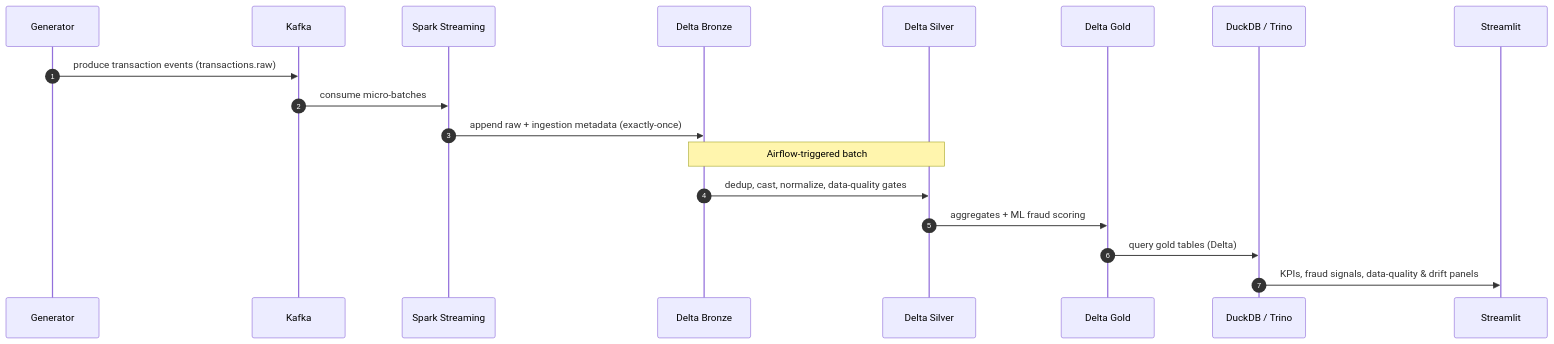
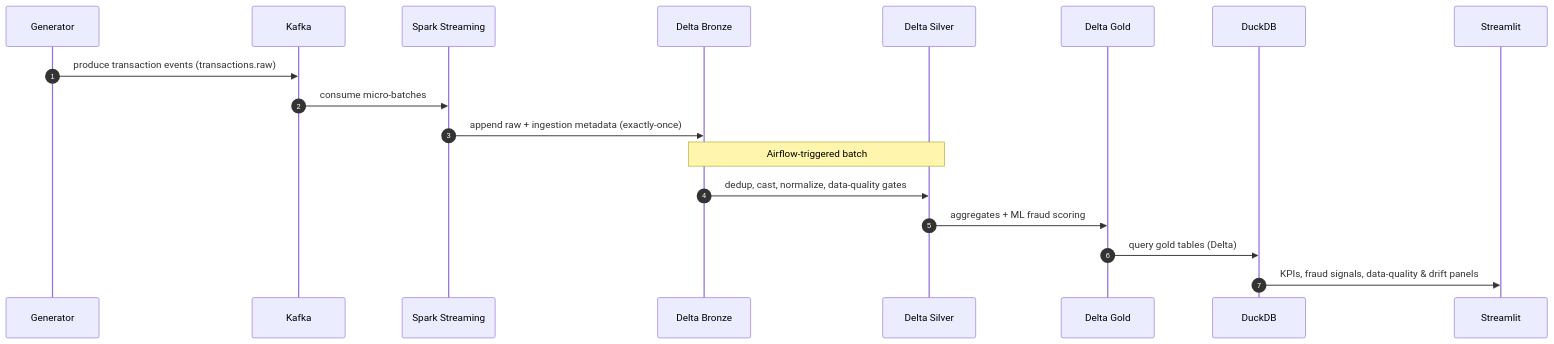
Before and after one commit to Pawel123j/TransactPulse: the second of 2 diagrams in README.md, drawn with Mermaid. The commit also changed other lines of this file and 17 other files, not shown here.

````diff
--- a/README.md
+++ b/README.md
@@ -106,21 +136,21 @@
 ```mermaid
 sequenceDiagram
     autonumber
     participant G as Generator
     participant K as Kafka
     participant S as Spark Streaming
     participant B as Delta Bronze
     participant V as Delta Silver
     participant D as Delta Gold
-    participant Q as DuckDB / Trino
+    participant Q as DuckDB
     participant U as Streamlit
 
     G->>K: produce transaction events (transactions.raw)
     K->>S: consume micro-batches
     S->>B: append raw + ingestion metadata (exactly-once)
     Note over B,V: Airflow-triggered batch
     B->>V: dedup, cast, normalize, data-quality gates
     V->>D: aggregates + ML fraud scoring
     D->>Q: query gold tables (Delta)
     Q->>U: KPIs, fraud signals, data-quality & drift panels
 ```
````
